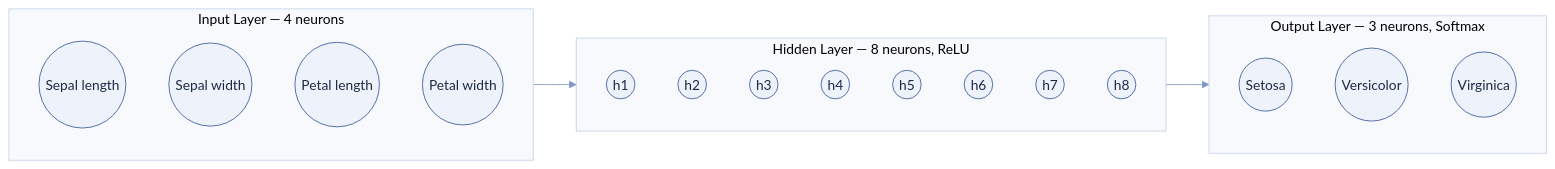
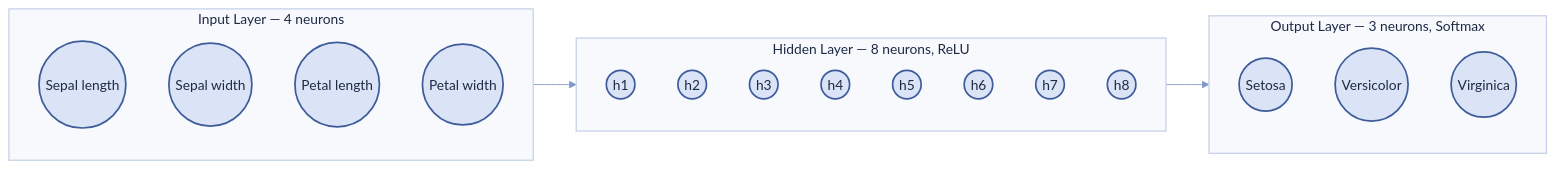
One commit to manmathk31/Deep-Learning changed the first of 4 diagrams in README.md. Above: the diagram before and after it, drawn with Mermaid. The commit also changed other lines of this file, not shown here.

Commit message:
Update README with diagram and training loop details

````diff
--- a/README.md
+++ b/README.md
@@ -67,29 +67,34 @@
 ```mermaid
 %%{init: {'theme': 'base', 'themeVariables': {
   'primaryColor': '#eef2fb',
   'primaryBorderColor': '#3E5C9A',
   'primaryTextColor': '#1c2a44',
   'lineColor': '#7f97c4',
   'background': '#ffffff',
   'clusterBkg': '#f7f9fd',
   'clusterBorder': '#c7d2e8',
   'fontFamily': 'Segoe UI, sans-serif'
 }}}%%
 flowchart LR
     subgraph Input["Input Layer — 4 neurons"]
         i1((Sepal length))
         i2((Sepal width))
         i3((Petal length))
         i4((Petal width))
     end
     subgraph Hidden["Hidden Layer — 8 neurons, ReLU"]
         h1((h1)); h2((h2)); h3((h3)); h4((h4))
         h5((h5)); h6((h6)); h7((h7)); h8((h8))
     end
     subgraph Output["Output Layer — 3 neurons, Softmax"]
         o1((Setosa))
         o2((Versicolor))
         o3((Virginica))
     end
     Input --> Hidden --> Output
+
+    classDef nodeStyle fill:#dbe4f7,stroke:#3E5C9A,stroke-width:2px,color:#1c2a44;
+    classDef subgraphStyle fill:#f7f9fd,stroke:#c7d2e8,stroke-width:1.5px,color:#1c2a44;
+    class i1,i2,i3,i4,h1,h2,h3,h4,h5,h6,h7,h8,o1,o2,o3 nodeStyle;
+    class Input,Hidden,Output subgraphStyle;
 ```
````
